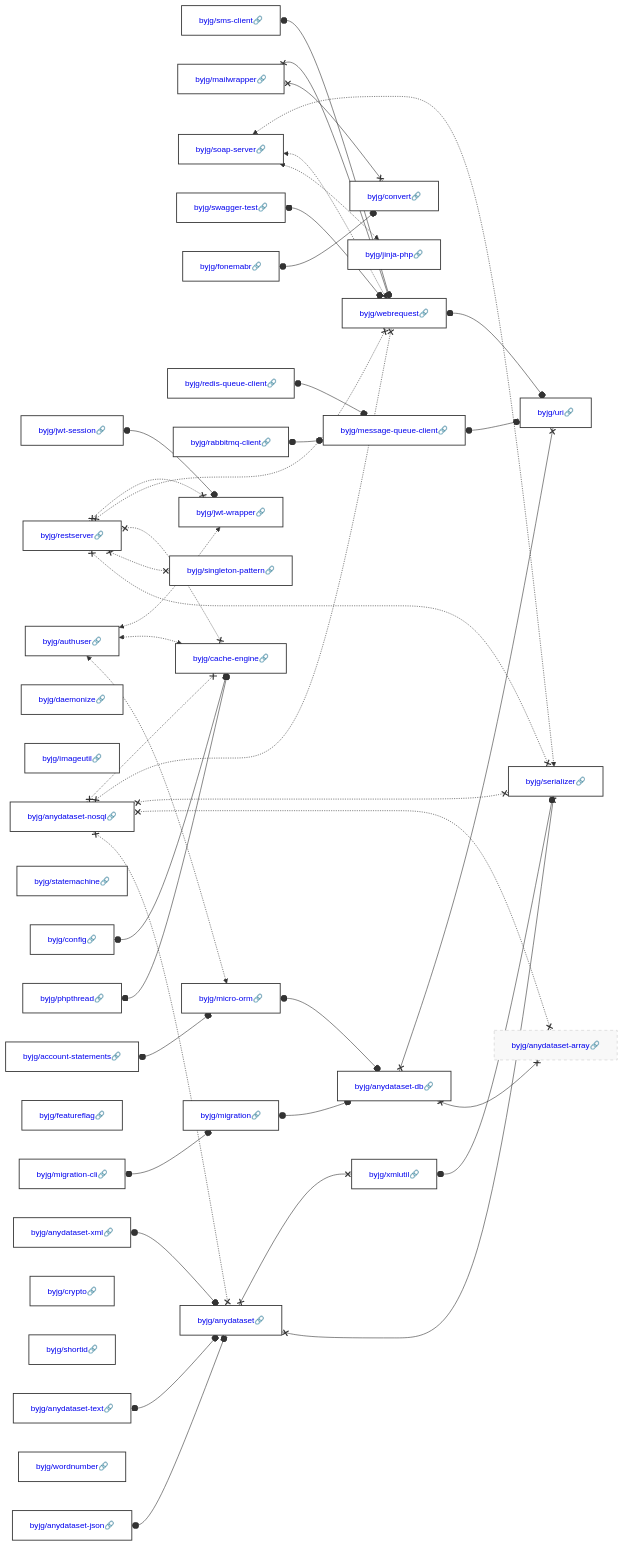
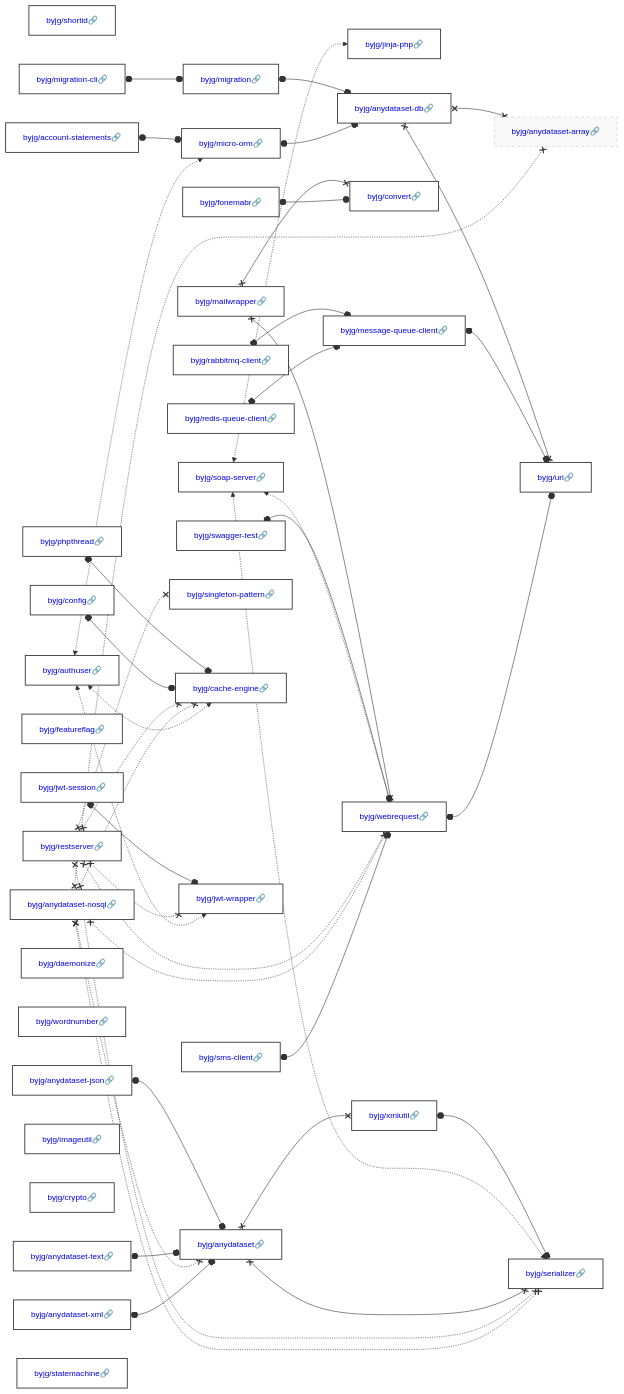
The diagram in docs/php/README.md (byjg/byjg.github.io), drawn with Mermaid before and after one commit. The commit also changed other lines of this file and 8 other files, not shown here.

````diff
--- a/docs/php/README.md
+++ b/docs/php/README.md
@@ -3,40 +3,40 @@
 ```mermaid
 graph LR;
+  byjg/swagger-test[<a href='https://opensource.byjg.com/docs/php/swagger-test' style='text-decoration:none'>byjg/swagger-test🔗</a>];
+  byjg/shortid[<a href='https://opensource.byjg.com/docs/php/shortid' style='text-decoration:none'>byjg/shortid🔗</a>];
+  byjg/mailwrapper[<a href='https://opensource.byjg.com/docs/php/mailwrapper' style='text-decoration:none'>byjg/mailwrapper🔗</a>];
   byjg/sms-client[<a href='https://opensource.byjg.com/docs/php/sms-client' style='text-decoration:none'>byjg/sms-client🔗</a>];
-  byjg/mailwrapper[<a href='https://opensource.byjg.com/docs/php/mailwrapper' style='text-decoration:none'>byjg/mailwrapper🔗</a>];
-  byjg/phpthread[<a href='https://opensource.byjg.com/docs/php/phpthread' style='text-decoration:none'>byjg/phpthread🔗</a>];
-  byjg/soap-server[<a href='https://opensource.byjg.com/docs/php/soap-server' style='text-decoration:none'>byjg/soap-server🔗</a>];
+  byjg/rabbitmq-client[<a href='https://opensource.byjg.com/docs/php/rabbitmq-client' style='text-decoration:none'>byjg/rabbitmq-client🔗</a>];
   byjg/account-statements[<a href='https://opensource.byjg.com/docs/php/account-statements' style='text-decoration:none'>byjg/account-statements🔗</a>];
-  byjg/config[<a href='https://opensource.byjg.com/docs/php/config' style='text-decoration:none'>byjg/config🔗</a>];
-  byjg/daemonize[<a href='https://opensource.byjg.com/docs/php/daemonize' style='text-decoration:none'>byjg/daemonize🔗</a>];
-  byjg/imageutil[<a href='https://opensource.byjg.com/docs/php/imageutil' style='text-decoration:none'>byjg/imageutil🔗</a>];
-  byjg/anydataset-xml[<a href='https://opensource.byjg.com/docs/php/anydataset-xml' style='text-decoration:none'>byjg/anydataset-xml🔗</a>];
-  byjg/swagger-test[<a href='https://opensource.byjg.com/docs/php/swagger-test' style='text-decoration:none'>byjg/swagger-test🔗</a>];
-  byjg/fonemabr[<a href='https://opensource.byjg.com/docs/php/fonemabr' style='text-decoration:none'>byjg/fonemabr🔗</a>];
-  byjg/statemachine[<a href='https://opensource.byjg.com/docs/php/statemachine' style='text-decoration:none'>byjg/statemachine🔗</a>];
   byjg/migration-cli[<a href='https://opensource.byjg.com/docs/php/migration-cli' style='text-decoration:none'>byjg/migration-cli🔗</a>];
   byjg/authuser[<a href='https://opensource.byjg.com/docs/php/authuser' style='text-decoration:none'>byjg/authuser🔗</a>];
+  byjg/config[<a href='https://opensource.byjg.com/docs/php/config' style='text-decoration:none'>byjg/config🔗</a>];
   byjg/anydataset-json[<a href='https://opensource.byjg.com/docs/php/anydataset-json' style='text-decoration:none'>byjg/anydataset-json🔗</a>];
   byjg/featureflag[<a href='https://opensource.byjg.com/docs/php/featureflag' style='text-decoration:none'>byjg/featureflag🔗</a>];
-  byjg/restserver[<a href='https://opensource.byjg.com/docs/php/restserver' style='text-decoration:none'>byjg/restserver🔗</a>];
   byjg/anydataset-text[<a href='https://opensource.byjg.com/docs/php/anydataset-text' style='text-decoration:none'>byjg/anydataset-text🔗</a>];
-  byjg/crypto[<a href='https://opensource.byjg.com/docs/php/crypto' style='text-decoration:none'>byjg/crypto🔗</a>];
-  byjg/shortid[<a href='https://opensource.byjg.com/docs/php/shortid' style='text-decoration:none'>byjg/shortid🔗</a>];
+  byjg/soap-server[<a href='https://opensource.byjg.com/docs/php/soap-server' style='text-decoration:none'>byjg/soap-server🔗</a>];
   byjg/jwt-session[<a href='https://opensource.byjg.com/docs/php/jwt-session' style='text-decoration:none'>byjg/jwt-session🔗</a>];
-  byjg/wordnumber[<a href='https://opensource.byjg.com/docs/php/wordnumber' style='text-decoration:none'>byjg/wordnumber🔗</a>];
   byjg/redis-queue-client[<a href='https://opensource.byjg.com/docs/php/redis-queue-client' style='text-decoration:none'>byjg/redis-queue-client🔗</a>];
   byjg/anydataset-nosql[<a href='https://opensource.byjg.com/docs/php/anydataset-nosql' style='text-decoration:none'>byjg/anydataset-nosql🔗</a>];
-  byjg/rabbitmq-client[<a href='https://opensource.byjg.com/docs/php/rabbitmq-client' style='text-decoration:none'>byjg/rabbitmq-client🔗</a>];
-  byjg/jinja-php[<a href='https://opensource.byjg.com/docs/php/jinja-php' style='text-decoration:none'>byjg/jinja-php🔗</a>];
-  byjg/convert[<a href='https://opensource.byjg.com/docs/php/convert' style='text-decoration:none'>byjg/convert🔗</a>];
+  byjg/daemonize[<a href='https://opensource.byjg.com/docs/php/daemonize' style='text-decoration:none'>byjg/daemonize🔗</a>];
+  byjg/wordnumber[<a href='https://opensource.byjg.com/docs/php/wordnumber' style='text-decoration:none'>byjg/wordnumber🔗</a>];
+  byjg/phpthread[<a href='https://opensource.byjg.com/docs/php/phpthread' style='text-decoration:none'>byjg/phpthread🔗</a>];
+  byjg/imageutil[<a href='https://opensource.byjg.com/docs/php/imageutil' style='text-decoration:none'>byjg/imageutil🔗</a>];
+  byjg/fonemabr[<a href='https://opensource.byjg.com/docs/php/fonemabr' style='text-decoration:none'>byjg/fonemabr🔗</a>];
+  byjg/crypto[<a href='https://opensource.byjg.com/docs/php/crypto' style='text-decoration:none'>byjg/crypto🔗</a>];
+  byjg/restserver[<a href='https://opensource.byjg.com/docs/php/restserver' style='text-decoration:none'>byjg/restserver🔗</a>];
+  byjg/anydataset-xml[<a href='https://opensource.byjg.com/docs/php/anydataset-xml' style='text-decoration:none'>byjg/anydataset-xml🔗</a>];
+  byjg/statemachine[<a href='https://opensource.byjg.com/docs/php/statemachine' style='text-decoration:none'>byjg/statemachine🔗</a>];
   byjg/migration[<a href='https://opensource.byjg.com/docs/php/migration' style='text-decoration:none'>byjg/migration🔗</a>];
   byjg/micro-orm[<a href='https://opensource.byjg.com/docs/php/micro-orm' style='text-decoration:none'>byjg/micro-orm🔗</a>];
+  byjg/jinja-php[<a href='https://opensource.byjg.com/docs/php/jinja-php' style='text-decoration:none'>byjg/jinja-php🔗</a>];
+  byjg/message-queue-client[<a href='https://opensource.byjg.com/docs/php/message-queue-client' style='text-decoration:none'>byjg/message-queue-client🔗</a>];
+  byjg/convert[<a href='https://opensource.byjg.com/docs/php/convert' style='text-decoration:none'>byjg/convert🔗</a>];
   byjg/singleton-pattern[<a href='https://opensource.byjg.com/docs/php/singleton-pattern' style='text-decoration:none'>byjg/singleton-pattern🔗</a>];
+  byjg/cache-engine[<a href='https://opensource.byjg.com/docs/php/cache-engine' style='text-decoration:none'>byjg/cache-engine🔗</a>];
+  byjg/webrequest[<a href='https://opensource.byjg.com/docs/php/webrequest' style='text-decoration:none'>byjg/webrequest🔗</a>];
   byjg/jwt-wrapper[<a href='https://opensource.byjg.com/docs/php/jwt-wrapper' style='text-decoration:none'>byjg/jwt-wrapper🔗</a>];
   byjg/anydataset[<a href='https://opensource.byjg.com/docs/php/anydataset' style='text-decoration:none'>byjg/anydataset🔗</a>];
-  byjg/webrequest[<a href='https://opensource.byjg.com/docs/php/webrequest' style='text-decoration:none'>byjg/webrequest🔗</a>];
-  byjg/cache-engine[<a href='https://opensource.byjg.com/docs/php/cache-engine' style='text-decoration:none'>byjg/cache-engine🔗</a>];
-  byjg/message-queue-client[<a href='https://opensource.byjg.com/docs/php/message-queue-client' style='text-decoration:none'>byjg/message-queue-client🔗</a>];
   byjg/anydataset-db[<a href='https://opensource.byjg.com/docs/php/anydataset-db' style='text-decoration:none'>byjg/anydataset-db🔗</a>];
   byjg/xmlutil[<a href='https://opensource.byjg.com/docs/php/xmlutil' style='text-decoration:none'>byjg/xmlutil🔗</a>];
   byjg/anydataset-array[<a href='https://opensource.byjg.com/docs/php/anydataset-array' style='text-decoration:none'>byjg/anydataset-array🔗</a>];
````
